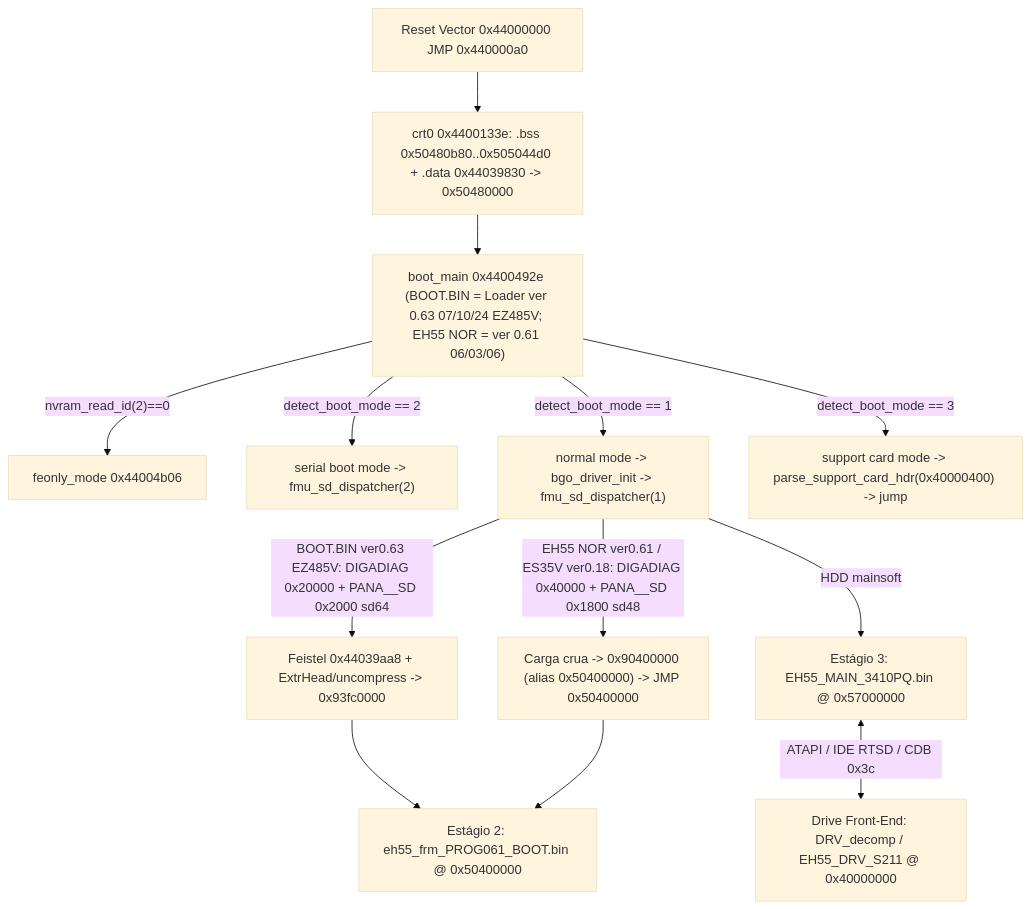
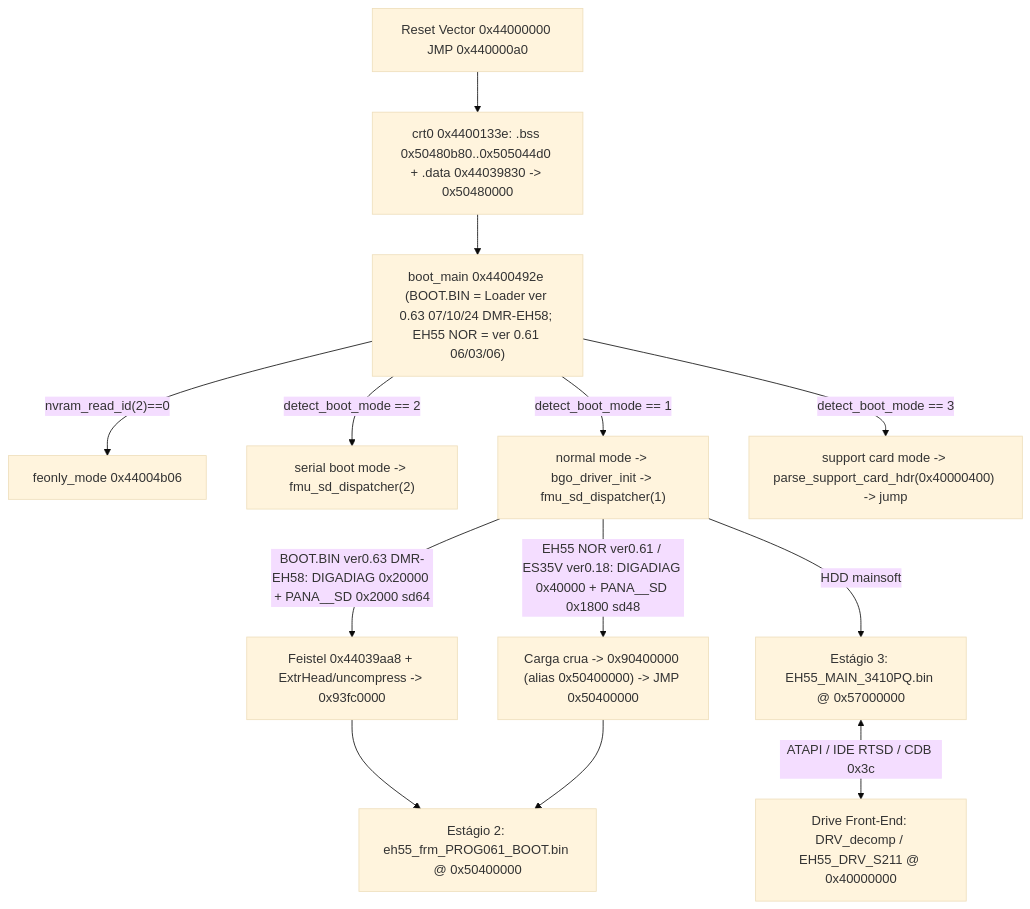
The diagram in docs/pseudocode/INDICE_EVIDENCIA_PSEUDOCODIGO_GHIDRA.md (orgchrono/Panadiga), drawn with Mermaid (base theme) before and after one commit. The commit also changed other lines of this file and 219 other files, not shown here.

````diff
--- a/docs/pseudocode/INDICE_EVIDENCIA_PSEUDOCODIGO_GHIDRA.md
+++ b/docs/pseudocode/INDICE_EVIDENCIA_PSEUDOCODIGO_GHIDRA.md
@@ -42,15 +42,15 @@
 ```mermaid
 flowchart TD
     VECT["Reset Vector 0x44000000 JMP 0x440000a0"] --> CRT0["crt0 0x4400133e: .bss 0x50480b80..0x505044d0 + .data 0x44039830 -> 0x50480000"]
-    CRT0 --> MAINB["boot_main 0x4400492e (BOOT.BIN = Loader ver 0.63 07/10/24 EZ485V; EH55 NOR = ver 0.61 06/03/06)"]
+    CRT0 --> MAINB["boot_main 0x4400492e (BOOT.BIN = Loader ver 0.63 07/10/24 DMR-EH58; EH55 NOR = ver 0.61 06/03/06)"]
     MAINB -->|"nvram_read_id(2)==0"| FEONLY["feonly_mode 0x44004b06"]
     MAINB -->|"detect_boot_mode == 2"| SDSER["serial boot mode -> fmu_sd_dispatcher(2)"]
     MAINB -->|"detect_boot_mode == 1"| NORM["normal mode -> bgo_driver_init -> fmu_sd_dispatcher(1)"]
     MAINB -->|"detect_boot_mode == 3"| SUPP["support card mode -> parse_support_card_hdr(0x40000400) -> jump"]
-    NORM -->|"BOOT.BIN ver0.63 EZ485V: DIGADIAG 0x20000 + PANA__SD 0x2000 sd64"| FEISTEL["Feistel 0x44039aa8 + ExtrHead/uncompress -> 0x93fc0000"]
+    NORM -->|"BOOT.BIN ver0.63 DMR-EH58: DIGADIAG 0x20000 + PANA__SD 0x2000 sd64"| FEISTEL["Feistel 0x44039aa8 + ExtrHead/uncompress -> 0x93fc0000"]
     NORM -->|"EH55 NOR ver0.61 / ES35V ver0.18: DIGADIAG 0x40000 + PANA__SD 0x1800 sd48"| RAWDIAG["Carga crua -> 0x90400000 (alias 0x50400000) -> JMP 0x50400000"]
     FEISTEL --> PROG["Estágio 2: eh55_frm_PROG061_BOOT.bin @ 0x50400000"]
     RAWDIAG --> PROG
     NORM -->|"HDD mainsoft"| MAINOS["Estágio 3: EH55_MAIN_3410PQ.bin @ 0x57000000"]
     MAINOS <-->|"ATAPI / IDE RTSD / CDB 0x3c"| DRVS211["Drive Front-End: DRV_decomp / EH55_DRV_S211 @ 0x40000000"]
 ```
````
